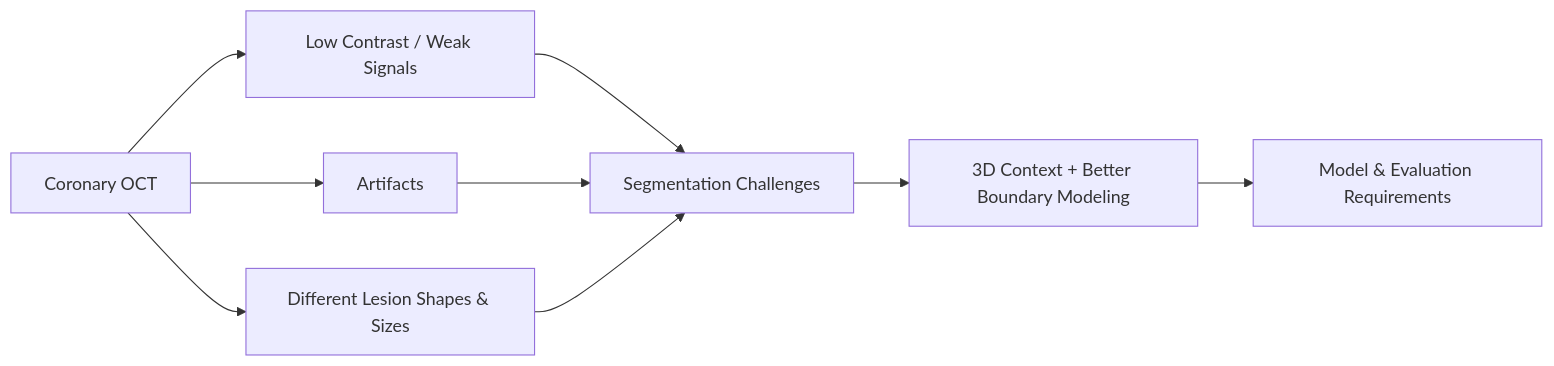
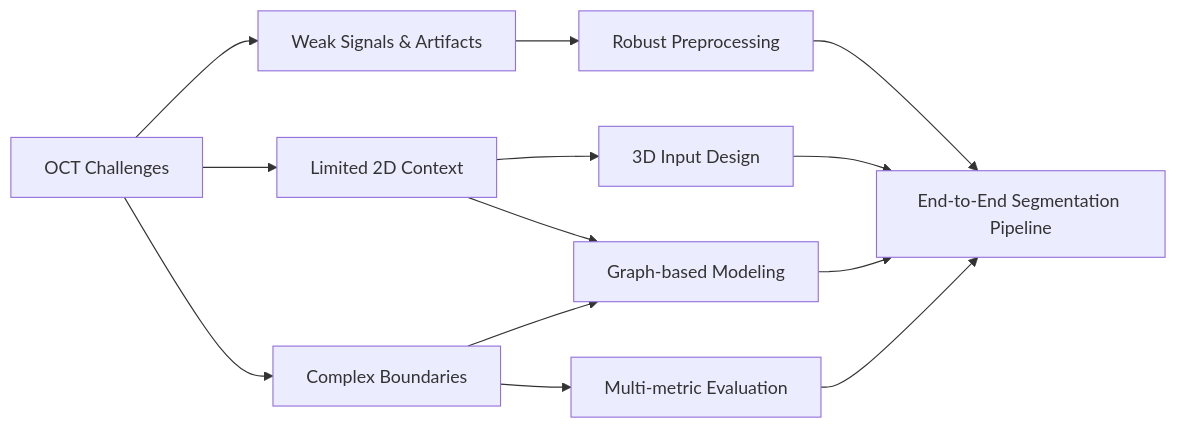
The first of 5 diagrams in README.md (ChengYuChing/3D-DLimage-segmentation), drawn with Mermaid before and after one commit. The commit also changed other lines of this file, not shown here.

Commit message:
Strengthen P1 technical framing and workflow

````diff
--- a/README.md
+++ b/README.md
@@ -43,11 +43,17 @@
 ```mermaid
 flowchart LR
-    A["Coronary OCT"] --> B["Low Contrast / Weak Signals"]
-    A --> C["Artifacts"]
-    A --> D["Different Lesion Shapes & Sizes"]
-    B --> E["Segmentation Challenges"]
-    C --> E
-    D --> E
-    E --> F["3D Context + Better Boundary Modeling"]
-    F --> G["Model & Evaluation Requirements"]
+    A["OCT Challenges"] --> B["Weak Signals & Artifacts"]
+    A --> C["Limited 2D Context"]
+    A --> D["Complex Boundaries"]
+
+    B --> E["Robust Preprocessing"]
+    C --> F["3D Input Design"]
+    C --> G["Graph-based Modeling"]
+    D --> G
+    D --> H["Multi-metric Evaluation"]
+
+    E --> I["End-to-End Segmentation Pipeline"]
+    F --> I
+    G --> I
+    H --> I
 ```
````
